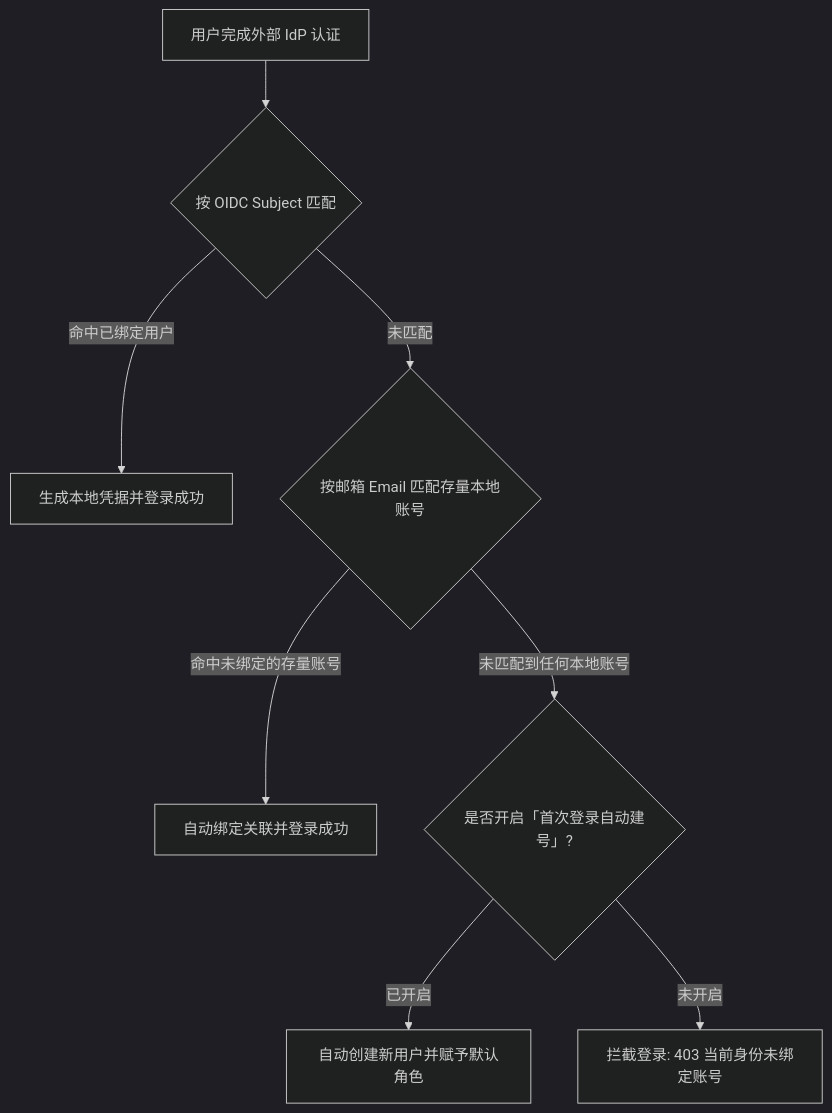
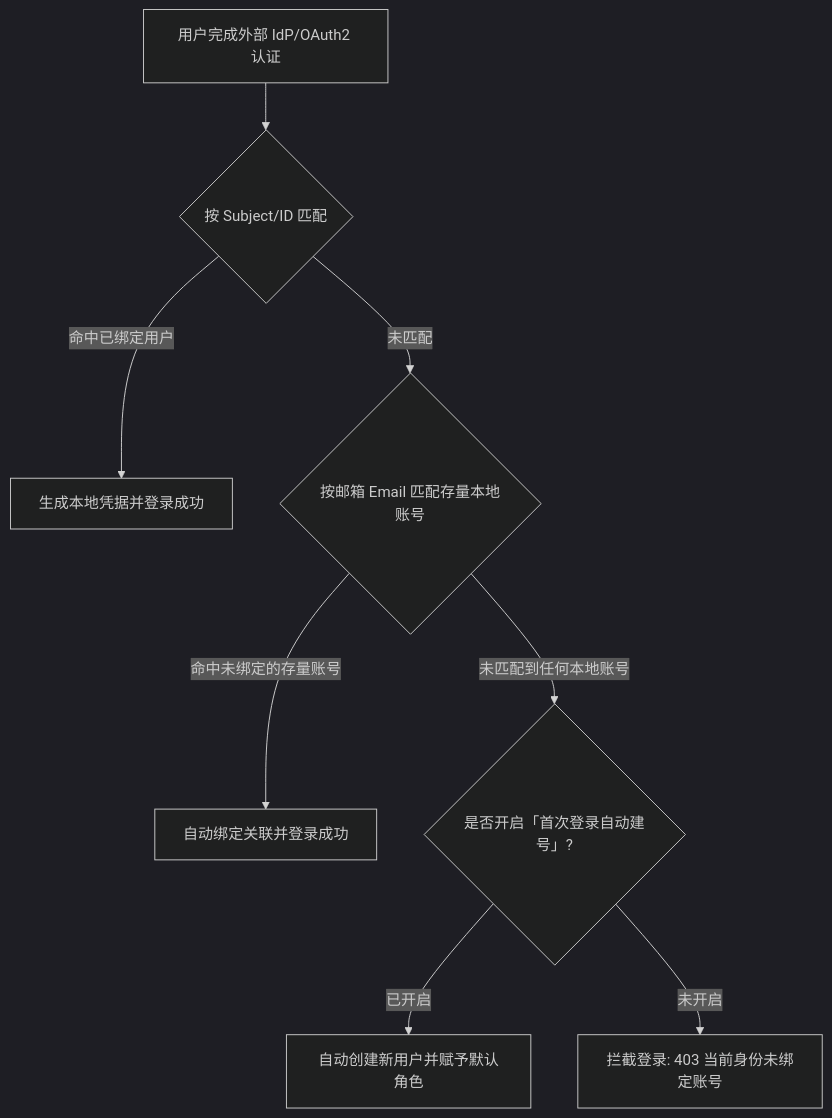
One commit to BerBai/baihu-panel changed the diagram in docs/guide/security.md. Above: the diagram before and after it, drawn with Mermaid (dark theme). The commit also changed other lines of this file and 12 other files, not shown here.

````diff
--- a/docs/guide/security.md
+++ b/docs/guide/security.md
@@ -62,10 +64,10 @@
 ```mermaid
 graph TD
-    A[用户完成外部 IdP 认证] --> B{按 OIDC Subject 匹配}
+    A[用户完成外部 IdP/OAuth2 认证] --> B{按 Subject/ID 匹配}
     B -- 命中已绑定用户 --> C[生成本地凭据并登录成功]
     B -- 未匹配 --> D{按邮箱 Email 匹配存量本地账号}
     D -- 命中未绑定的存量账号 --> E[自动绑定关联并登录成功]
     D -- 未匹配到任何本地账号 --> F{是否开启「首次登录自动建号」?}
     F -- 已开启 --> G[自动创建新用户并赋予默认角色]
     F -- 未开启 --> H[拦截登录: 403 当前身份未绑定账号]
 ```
````
